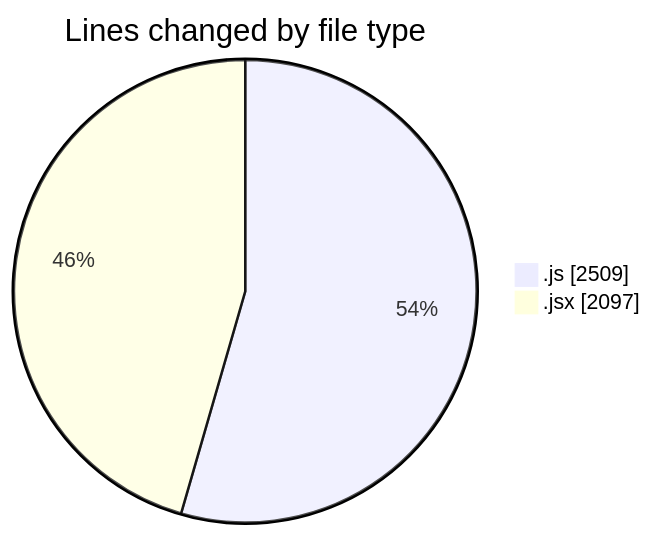
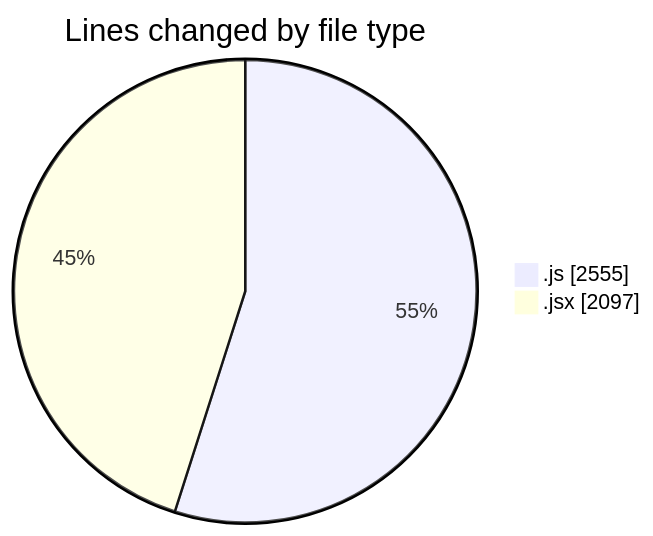
One commit to nxtqubesakshisongat/code-tracking changed the first of 2 diagrams in 2025-08-28/nxtqube_webapp/README.md. Above: the diagram before and after it, drawn with Mermaid. The commit also changed other lines of this file and 1 other file, not shown here.

````diff
--- a/2025-08-28/nxtqube_webapp/README.md
+++ b/2025-08-28/nxtqube_webapp/README.md
@@ -25,6 +25,6 @@
 ```mermaid
 pie showData
 title Lines changed by file type
-".js" : 2509
+".js" : 2555
 ".jsx" : 2097
 ```
````
